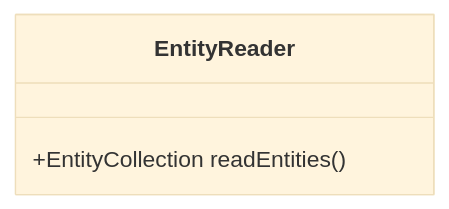
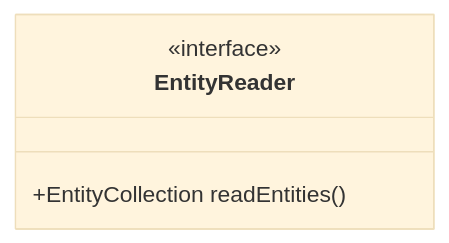
Before and after one commit to ColAshN65/FirstTeamProject: the third of 6 diagrams in README.md, drawn with Mermaid (base theme). The commit also changed other lines of this file, not shown here.

````diff
--- a/README.md
+++ b/README.md
@@ -69,7 +72,10 @@
 ```mermaid
 classDiagram
 
   class EntityReader {
+    <<interface>>
     +EntityCollection readEntities()
   }
+
+
 ```
````
